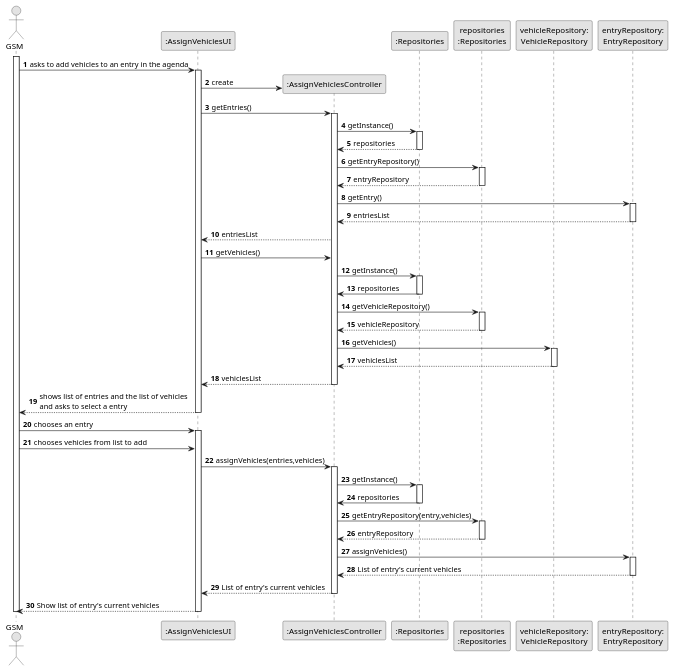
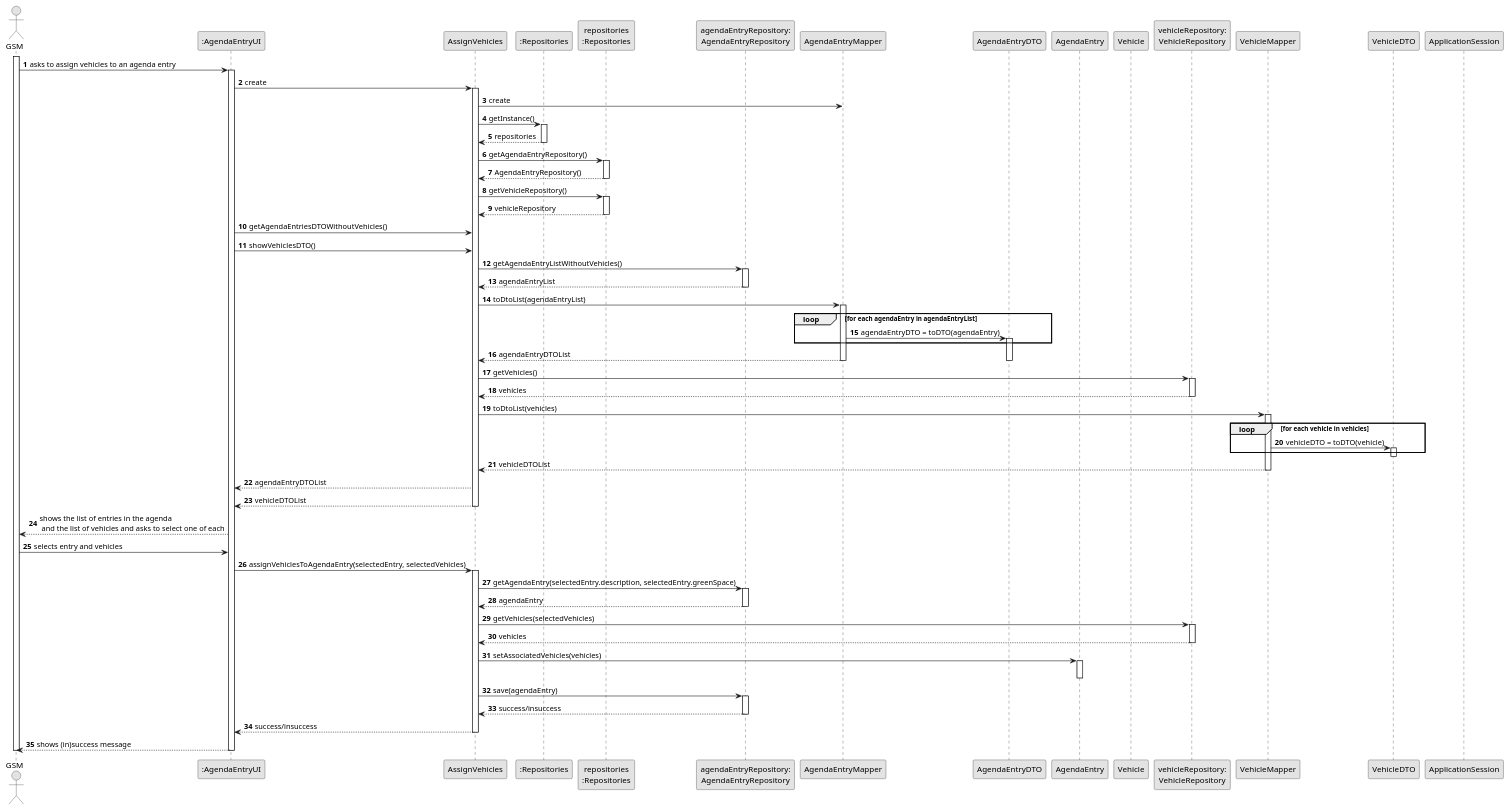
The diagram in docs/sprintC/us026/03.design/puml/us026-sequence-diagram-full.puml (Departamento-de-Engenharia-Informatica/lei-24-s2-1do-g164), drawn with PlantUML before and after one commit. The commit also changed 3 other files, not shown here.

```diff
--- a/docs/sprintC/us026/03.design/puml/us026-sequence-diagram-full.puml
+++ b/docs/sprintC/us026/03.design/puml/us026-sequence-diagram-full.puml
@@ -1,107 +1,123 @@
 @startuml
 skinparam monochrome true
 skinparam packageStyle rectangle
-    skinparam shadowing false
+skinparam shadowing false
 
-    autonumber
+autonumber
 
-    'hide footbox
-    actor "GSM" as HRM
-    participant ":AssignVehiclesUI" as UI
-    participant ":AssignVehiclesController" as CTRL
-    participant ":Repositories" as RepositorySingleton
-    participant "repositories\n:Repositories" as PLAT
-    participant "vehicleRepository:\nVehicleRepository" as SkillRepository
-    participant "entryRepository:\nEntryRepository" as entryRepository
-    activate HRM
+actor "GSM" as GSM
+participant ":AgendaEntryUI" as ui
+participant "AssignVehicles" as ctrl
+participant ":Repositories" as RepositorySingleton
+participant "repositories\n:Repositories" as plat
+participant "agendaEntryRepository:\nAgendaEntryRepository" as agendaRepo
+participant "AgendaEntryMapper" as agendaMapper
+participant AgendaEntryDTO as AgendaEntryDTO
+participant "AgendaEntry" as agendaEntry
+participant "Vehicle" as vehicle
+participant "vehicleRepository:\nVehicleRepository" as vehicleRepo
+participant "VehicleMapper" as VehicleMapper
+participant "VehicleDTO" as VehicleDTO
+participant "ApplicationSession" as app
 
-            HRM -> UI : asks to add vehicles to an entry in the agenda
+activate GSM
 
-            activate UI
+GSM -> ui : asks to assign vehicles to an agenda entry
+activate ui
 
-    '            UI --> ADM : requests data (reference, description,  informal \n description, technical description, duration, cost)
-                'create CTRL
-                UI -> CTRL** : create
+ui -> ctrl : create
+activate ctrl
 
-                UI -> CTRL : getEntries()
-                activate CTRL
+ctrl -> agendaMapper : create
 
-                    CTRL -> RepositorySingleton : getInstance()
-                    activate RepositorySingleton
+ctrl -> RepositorySingleton : getInstance()
+activate RepositorySingleton
+RepositorySingleton --> ctrl: repositories
+deactivate RepositorySingleton
 
-                        RepositorySingleton --> CTRL: repositories
-                    deactivate RepositorySingleton
+ctrl -> plat : getAgendaEntryRepository()
+activate plat
+plat --> ctrl: AgendaEntryRepository()
+deactivate plat
 
-                    CTRL -> PLAT : getEntryRepository()
-                    activate PLAT
+ctrl -> plat : getVehicleRepository()
+activate plat
+plat --> ctrl: vehicleRepository
+deactivate plat
 
-                        PLAT --> CTRL: entryRepository
-                    deactivate PLAT
+ui -> ctrl : getAgendaEntriesDTOWithoutVehicles()
+ui -> ctrl : showVehiclesDTO()
 
-                    CTRL -> entryRepository : getEntry()
-                    activate entryRepository
-
-                        entryRepository--> CTRL : entriesList
-                    deactivate entryRepository
-
-                    CTRL --> UI : entriesList
+ctrl -> agendaRepo : getAgendaEntryListWithoutVehicles()
+activate agendaRepo
+agendaRepo --> ctrl: agendaEntryList
+deactivate agendaRepo
 
 
+ctrl -> agendaMapper : toDtoList(agendaEntryList)
+activate agendaMapper
 
 
+loop for each agendaEntry in agendaEntryList
+  agendaMapper -> AgendaEntryDTO : agendaEntryDTO = toDTO(agendaEntry)
+  activate AgendaEntryDTO
+end
 
+agendaMapper --> ctrl : agendaEntryDTOList
+deactivate agendaMapper
+deactivate AgendaEntryDTO
 
-           UI -> CTRL : getVehicles()
+ctrl -> vehicleRepo : getVehicles()
+activate vehicleRepo
+vehicleRepo --> ctrl: vehicles
+deactivate vehicleRepo
 
-                 CTRL -> RepositorySingleton : getInstance()
-                 activate RepositorySingleton
-                   RepositorySingleton -> CTRL : repositories
-                 deactivate RepositorySingleton
+ctrl -> VehicleMapper : toDtoList(vehicles)
+activate VehicleMapper
+loop for each vehicle in vehicles
+  VehicleMapper -> VehicleDTO : vehicleDTO = toDTO(vehicle)
+  activate VehicleDTO
+end
+deactivate VehicleDTO
+VehicleMapper --> ctrl : vehicleDTOList
+deactivate VehicleMapper
 
-                 CTRL -> PLAT : getVehicleRepository()
-                 activate PLAT
-                   PLAT --> CTRL : vehicleRepository
-                 deactivate PLAT
+ctrl --> ui : agendaEntryDTOList
+ctrl --> ui : vehicleDTOList
+deactivate ctrl
 
-                 CTRL -> SkillRepository : getVehicles()
-                 activate SkillRepository
-                   SkillRepository --> CTRL : vehiclesList
-                 deactivate SkillRepository
-                 CTRL --> UI :vehiclesList
-               deactivate CTRL
+ui --> GSM : shows the list of entries in the agenda\n and the list of vehicles and asks to select one of each
 
-              UI --> HRM : shows list of entries and the list of vehicles \nand asks to select a entry
-                          deactivate UI
+GSM -> ui : selects entry and vehicles
 
-             HRM -> UI : chooses an entry
+ui -> ctrl : assignVehiclesToAgendaEntry(selectedEntry, selectedVehicles)
+activate ctrl
 
-             activate UI
-              HRM -> UI : chooses vehicles from list to add
-               UI -> CTRL :assignVehicles(entries,vehicles)
-                        activate CTRL
-               CTRL -> RepositorySingleton : getInstance()
-                                         activate RepositorySingleton
-                                           RepositorySingleton -> CTRL : repositories
-                                         deactivate RepositorySingleton
+ctrl -> agendaRepo : getAgendaEntry(selectedEntry.description, selectedEntry.greenSpace)
+activate agendaRepo
+agendaRepo --> ctrl : agendaEntry
+deactivate agendaRepo
 
-                                         CTRL -> PLAT : getEntryRepository(entry,vehicles)
-                                         activate PLAT
-                                           PLAT --> CTRL : entryRepository
-                                         deactivate PLAT
+ctrl -> vehicleRepo : getVehicles(selectedVehicles)
+activate vehicleRepo
+vehicleRepo --> ctrl : vehicles
+deactivate vehicleRepo
 
-                                         CTRL -> entryRepository : assignVehicles()
-                                       activate entryRepository
-                                           entryRepository --> CTRL : List of entry's current vehicles
-                                   deactivate entryRepository
-                                         CTRL --> UI : List of entry's current vehicles
-                                       deactivate CTRL
-                                       UI --> HRM :Show list of entry's current vehicles
-                                                    deactivate UI
+ctrl -> agendaEntry : setAssociatedVehicles(vehicles)
+activate agendaEntry
+deactivate agendaEntry
 
+ctrl -> agendaRepo : save(agendaEntry)
+activate agendaRepo
+agendaRepo --> ctrl : success/insuccess
+deactivate agendaRepo
 
+ctrl --> ui : success/insuccess
+deactivate ctrl
 
+ui --> GSM : shows (in)success message
+deactivate ui
 
+deactivate GSM
 
-    deactivate HRM
-
-@endumlenduml
+@enduml
```
